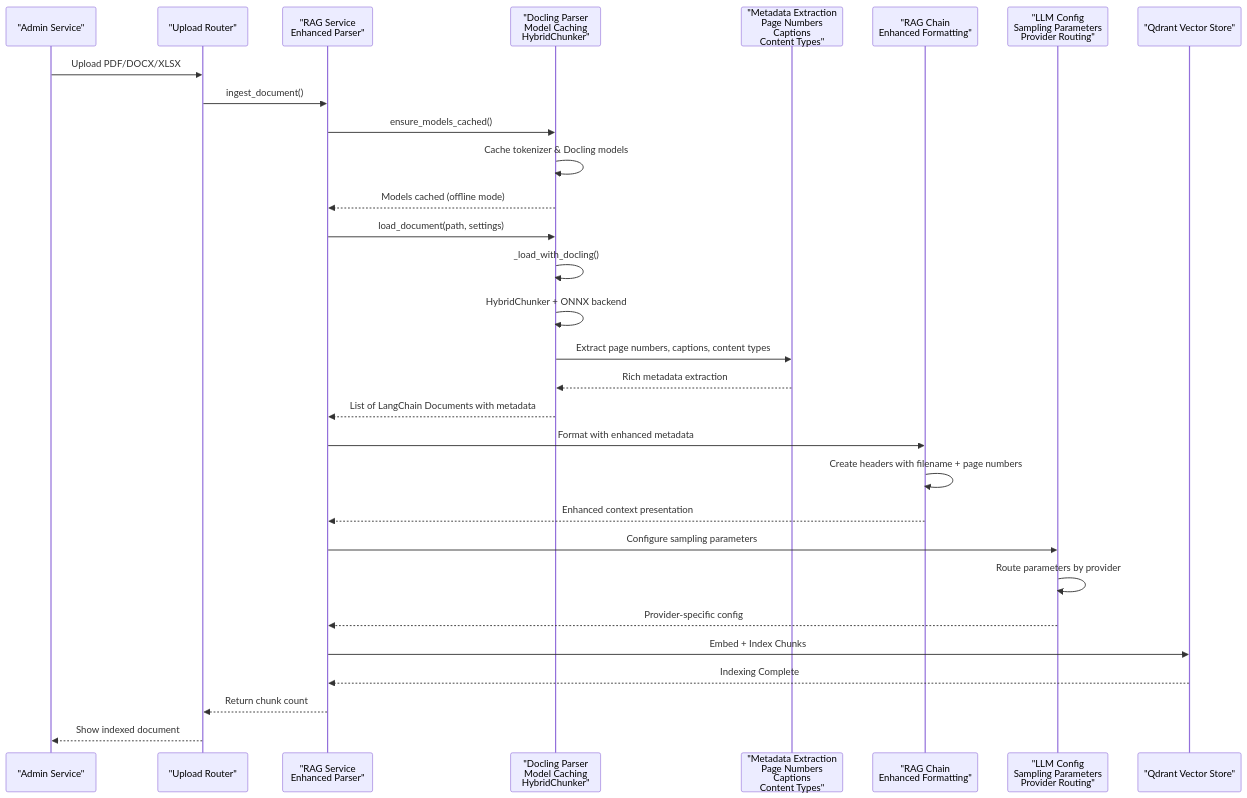
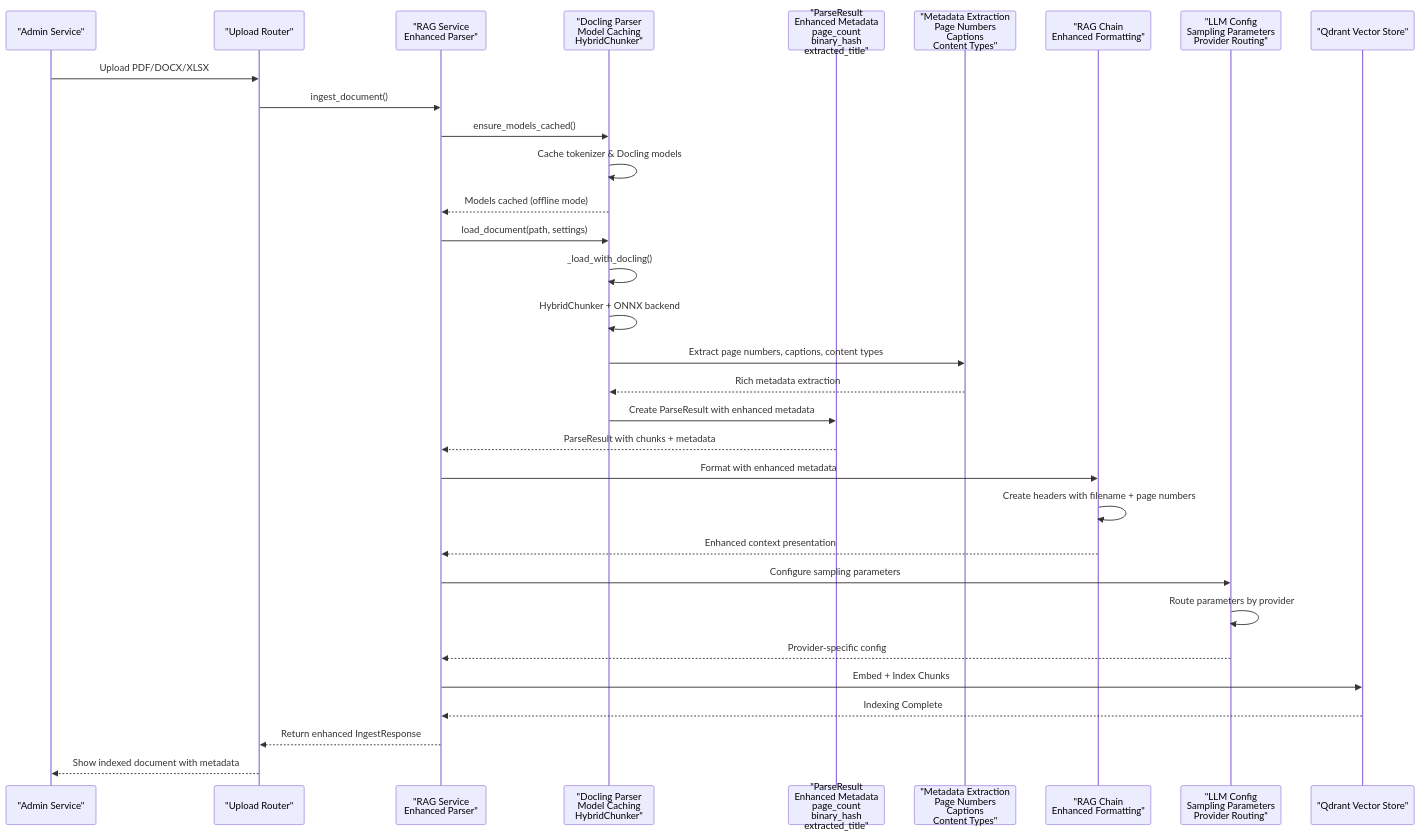
Before and after one commit to ognelis/cafetera_hr_bot: the second of 13 diagrams in .qoder/repowiki/en/content/RAG Integration/RAG Parser Enhancement.md, drawn with Mermaid. The commit also changed other lines of this file and 9 other files, not shown here.

````diff
--- a/.qoder/repowiki/en/content/RAG Integration/RAG Parser Enhancement.md
+++ b/.qoder/repowiki/en/content/RAG Integration/RAG Parser Enhancement.md
@@ -171,32 +191,34 @@
 ```mermaid
 sequenceDiagram
 participant Admin as "Admin Service"
 participant Upload as "Upload Router"
 participant RAGService as "RAG Service<br/>Enhanced Parser"
 participant Parser as "Docling Parser<br/>Model Caching<br/>HybridChunker"
+participant ParseResult as "ParseResult<br/>Enhanced Metadata<br/>page_count<br/>binary_hash<br/>extracted_title"
 participant Metadata as "Metadata Extraction<br/>Page Numbers<br/>Captions<br/>Content Types"
 participant RAGChain as "RAG Chain<br/>Enhanced Formatting"
 participant LLMConfig as "LLM Config<br/>Sampling Parameters<br/>Provider Routing"
 participant Qdrant as "Qdrant Vector Store"
 Admin->>Upload : Upload PDF/DOCX/XLSX
 Upload->>RAGService : ingest_document()
 RAGService->>Parser : ensure_models_cached()
 Parser->>Parser : Cache tokenizer & Docling models
 Parser-->>RAGService : Models cached (offline mode)
 RAGService->>Parser : load_document(path, settings)
 Parser->>Parser : _load_with_docling()
 Parser->>Parser : HybridChunker + ONNX backend
 Parser->>Metadata : Extract page numbers, captions, content types
 Metadata-->>Parser : Rich metadata extraction
-Parser-->>RAGService : List of LangChain Documents with metadata
+Parser->>ParseResult : Create ParseResult with enhanced metadata
+ParseResult-->>RAGService : ParseResult with chunks + metadata
 RAGService->>RAGChain : Format with enhanced metadata
 RAGChain->>RAGChain : Create headers with filename + page numbers
 RAGChain-->>RAGService : Enhanced context presentation
 RAGService->>LLMConfig : Configure sampling parameters
 LLMConfig->>LLMConfig : Route parameters by provider
 LLMConfig-->>RAGService : Provider-specific config
 RAGService->>Qdrant : Embed + Index Chunks
 Qdrant-->>RAGService : Indexing Complete
-RAGService-->>Upload : Return chunk count
-Upload-->>Admin : Show indexed document
+RAGService-->>Upload : Return enhanced IngestResponse
+Upload-->>Admin : Show indexed document with metadata
 ```
````
